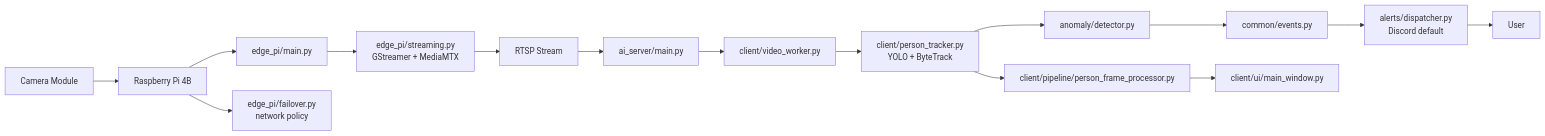
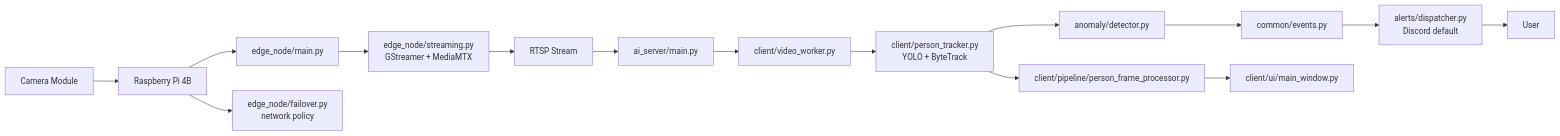
One commit to taegyu-heo-bigstar/AI_CCTV changed the first of 2 diagrams in inst/flow.md. Above: the diagram before and after it, drawn with Mermaid. The commit also changed other lines of this file and 34 other files, not shown here.

Commit message:
Split edge node and AI server packages

````diff
--- a/inst/flow.md
+++ b/inst/flow.md
@@ -48,17 +52,17 @@
 ```mermaid
 flowchart LR
     Camera["Camera Module"] --> Pi["Raspberry Pi 4B"]
-    Pi --> EdgeMain["edge_pi/main.py"]
-    EdgeMain --> GStreamer["edge_pi/streaming.py<br/>GStreamer + MediaMTX"]
-    Pi --> Failover["edge_pi/failover.py<br/>network policy"]
+    Pi --> EdgeMain["edge_node/main.py"]
+    EdgeMain --> GStreamer["edge_node/streaming.py<br/>GStreamer + MediaMTX"]
+    Pi --> Failover["edge_node/failover.py<br/>network policy"]
     GStreamer --> RTSP["RTSP Stream"]
     RTSP --> Windows["ai_server/main.py"]
     Windows --> VideoWorker["client/video_worker.py"]
     VideoWorker --> Tracker["client/person_tracker.py<br/>YOLO + ByteTrack"]
     Tracker --> Processor["client/pipeline/person_frame_processor.py"]
     Tracker --> Anomaly["anomaly/detector.py"]
     Anomaly --> CommonEvent["common/events.py"]
     CommonEvent --> Alerts["alerts/dispatcher.py<br/>Discord default"]
     Alerts --> User["User"]
     Processor --> GUI["client/ui/main_window.py"]
 ```
````
